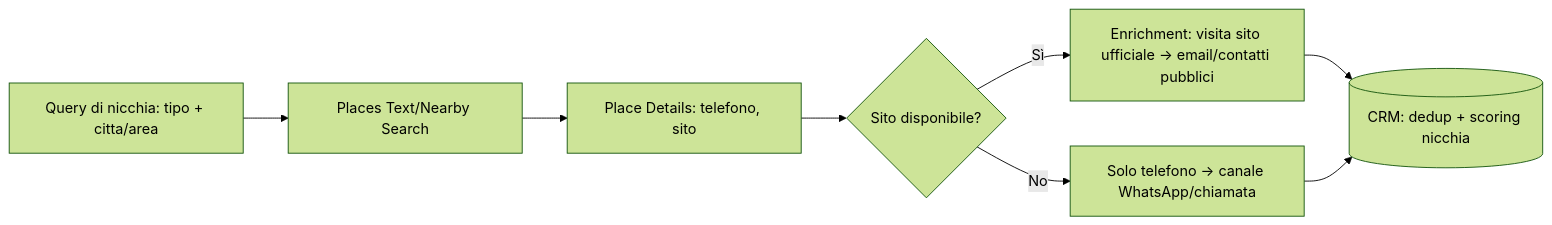
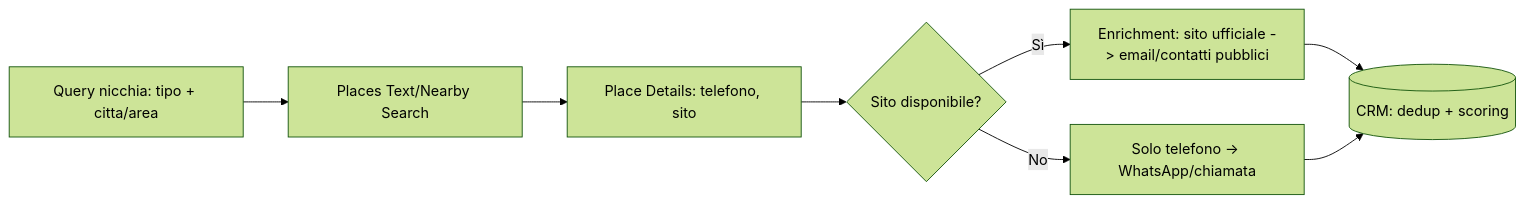
Before and after one commit to indigitmarketing-droid/agents-platform: the fifth of 6 diagrams in docs/agenti-social-lead-gen/README.md, drawn with Mermaid (forest theme). The commit also changed other lines of this file and 1 other file, not shown here.

````diff
--- a/docs/agenti-social-lead-gen/README.md
+++ b/docs/agenti-social-lead-gen/README.md
@@ -323,10 +264,10 @@
 ```mermaid
 flowchart LR
-    A[Query di nicchia: tipo + citta/area] --> B[Places Text/Nearby Search]
+    A[Query nicchia: tipo + citta/area] --> B[Places Text/Nearby Search]
     B --> C[Place Details: telefono, sito]
     C --> D{Sito disponibile?}
-    D -->|Sì| E[Enrichment: visita sito ufficiale -> email/contatti pubblici]
-    D -->|No| F[Solo telefono -> canale WhatsApp/chiamata]
-    E --> G[(CRM: dedup + scoring nicchia)]
+    D -->|Sì| E[Enrichment: sito ufficiale -> email/contatti pubblici]
+    D -->|No| F[Solo telefono -> WhatsApp/chiamata]
+    E --> G[(CRM: dedup + scoring)]
     F --> G
 ```
````
